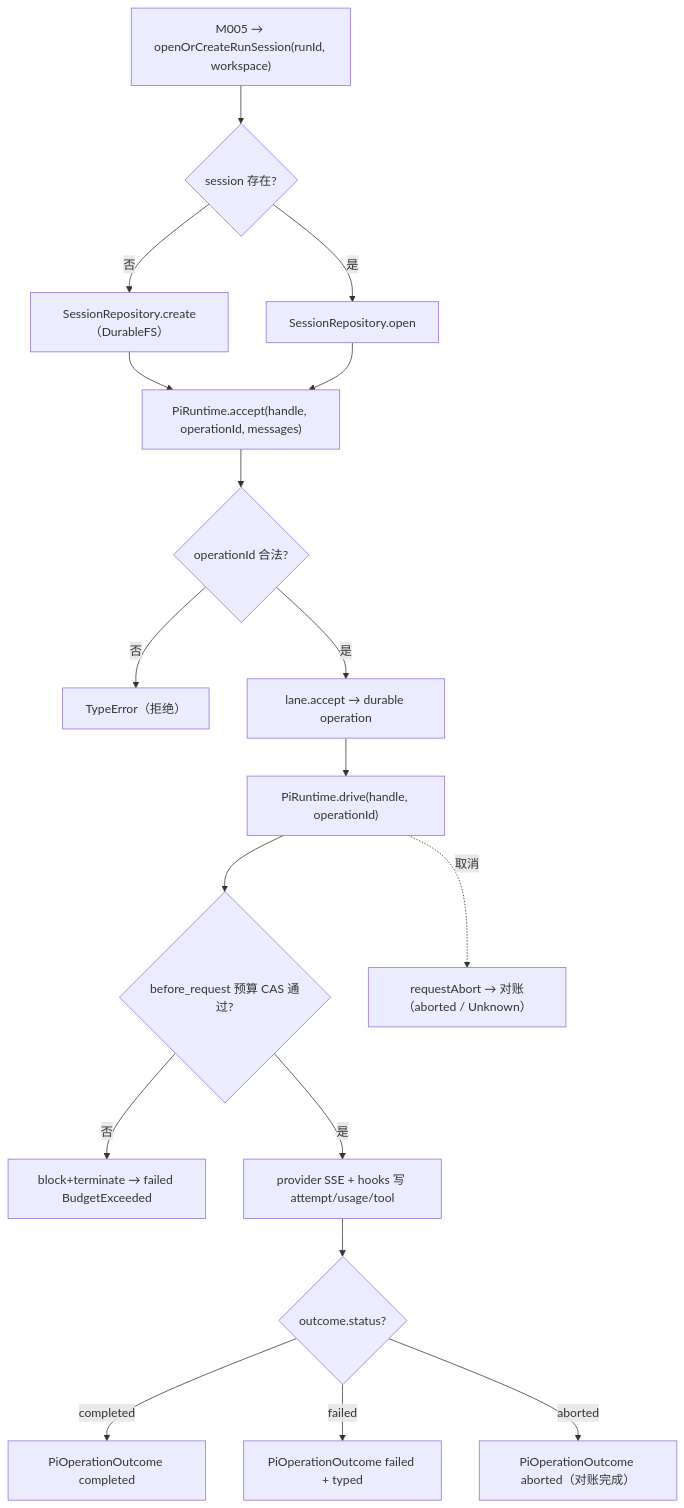
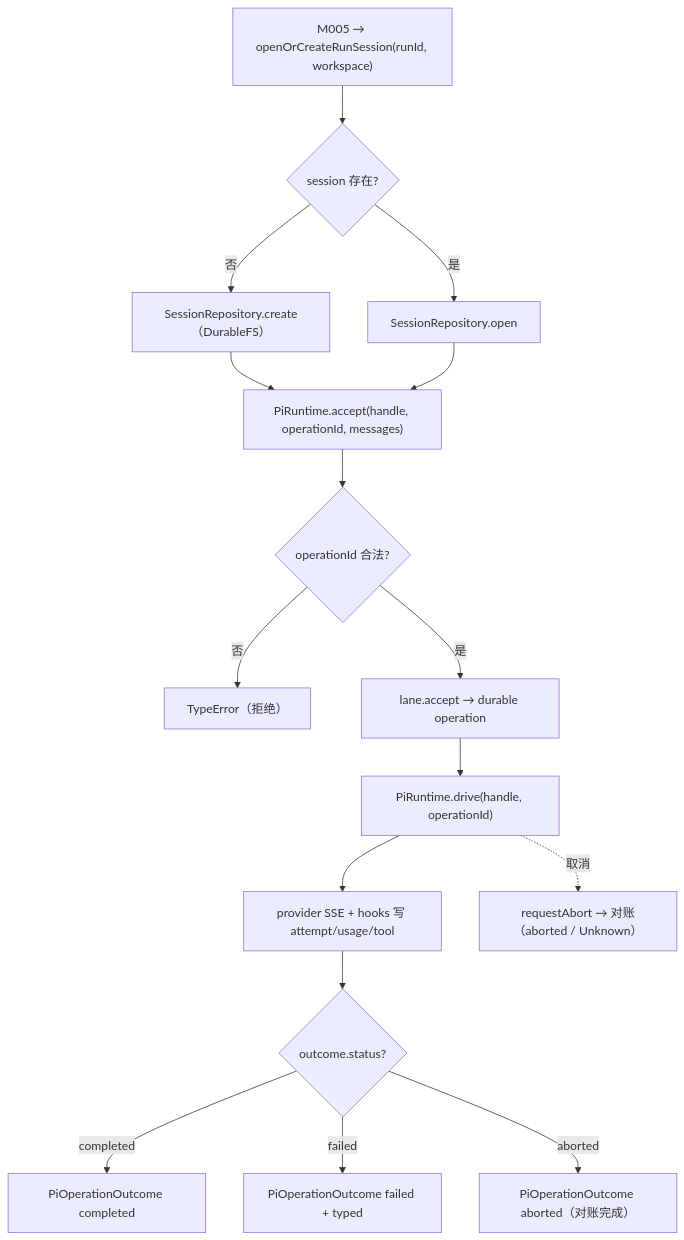
Before and after one commit to corezilla/piko: the second of 2 diagrams in docs/50_implementation_design/piko-pi-adapter-impl.isd.md, drawn with Mermaid. The commit also changed other lines of this file and 86 other files, not shown here.

````diff
--- a/docs/50_implementation_design/piko-pi-adapter-impl.isd.md
+++ b/docs/50_implementation_design/piko-pi-adapter-impl.isd.md
@@ -742,20 +742,18 @@
 ```mermaid
 flowchart TD
     A["M005 → openOrCreateRunSession(runId, workspace)"] --> B{"session 存在?"}
     B -->|否| C["SessionRepository.create（DurableFS）"]
     B -->|是| D["SessionRepository.open"]
     C --> E["PiRuntime.accept(handle, operationId, messages)"]
     D --> E
     E --> F{"operationId 合法?"}
     F -->|否| Z1["TypeError（拒绝）"]
     F -->|是| G["lane.accept → durable operation"]
     G --> H["PiRuntime.drive(handle, operationId)"]
-    H --> I{"before_request 预算 CAS 通过?"}
-    I -->|否| Z2["block+terminate → failed BudgetExceeded"]
-    I -->|是| J["provider SSE + hooks 写 attempt/usage/tool"]
-    J --> K{"outcome.status?"}
+    H --> I["provider SSE + hooks 写 attempt/usage/tool"]
+    I --> K{"outcome.status?"}
     K -->|completed| L["PiOperationOutcome completed"]
     K -->|failed| M["PiOperationOutcome failed + typed"]
     K -->|aborted| N["PiOperationOutcome aborted（对账完成）"]
     H -. "取消" .-> O["requestAbort → 对账（aborted / Unknown）"]
 ```
````
